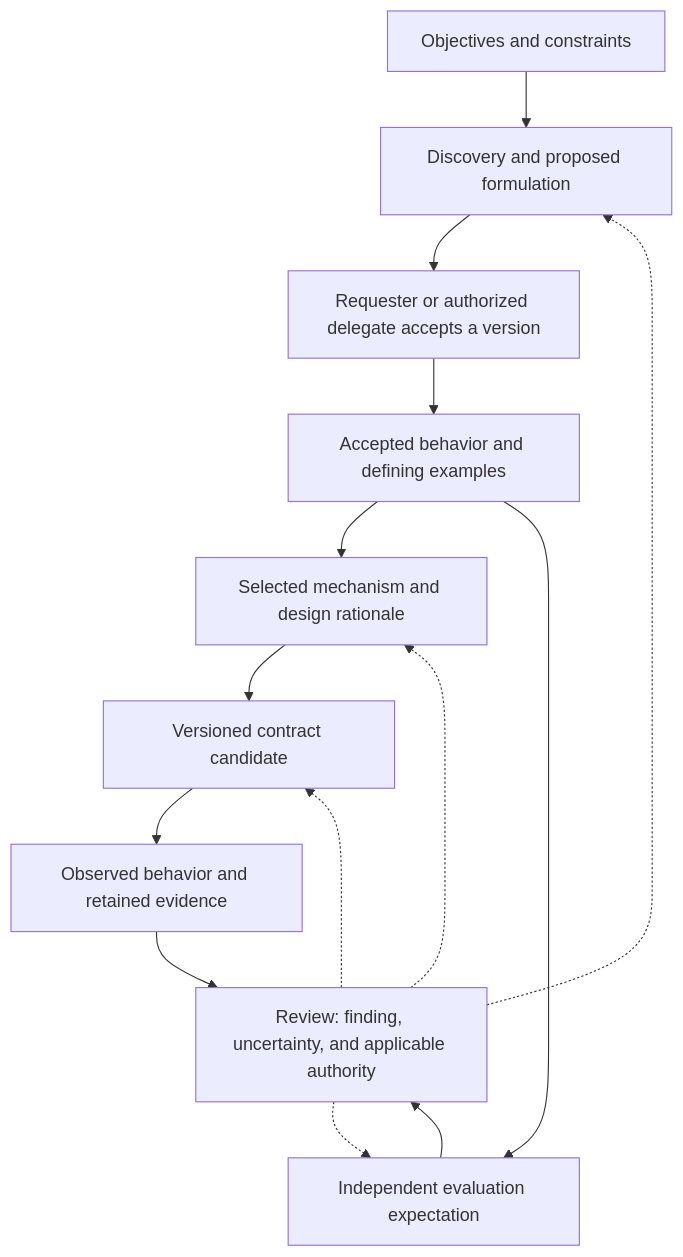
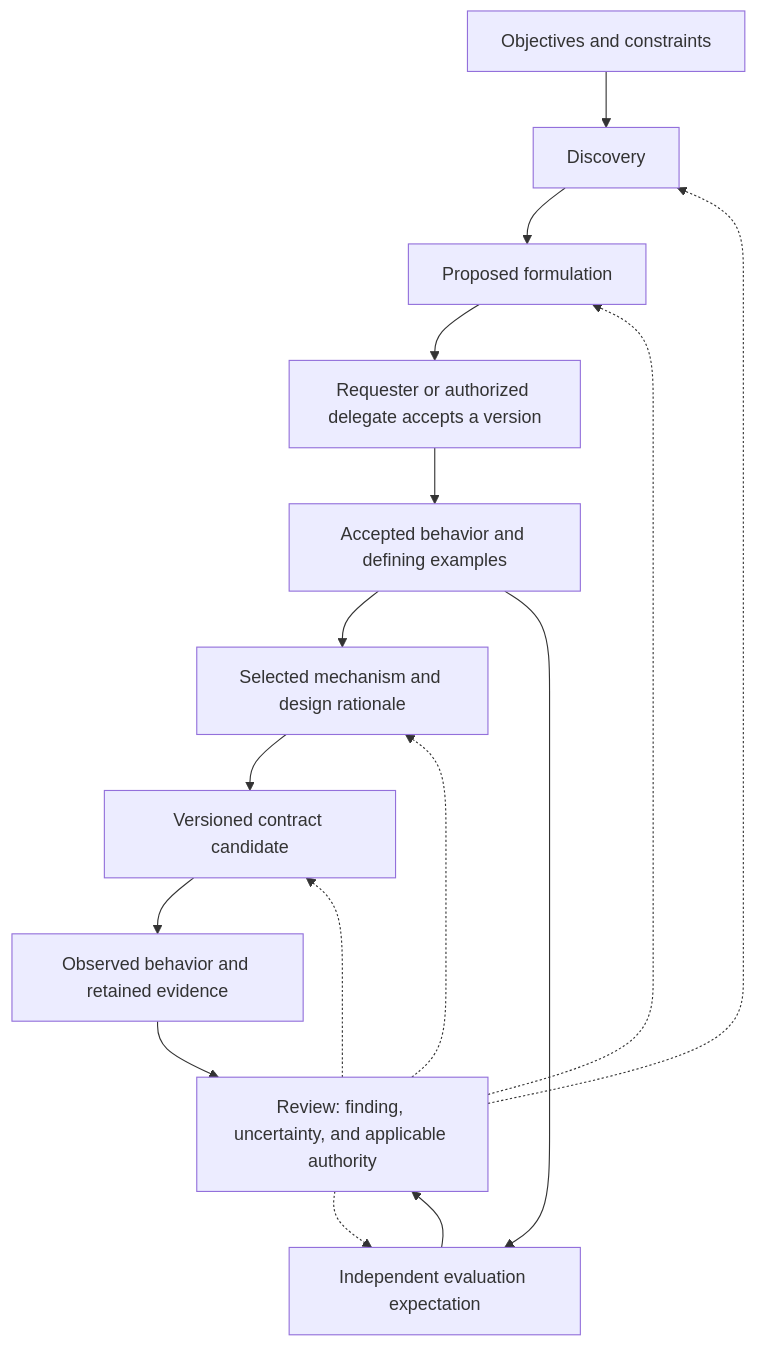
One commit to indisoluble/AGENTS-spec changed the diagram in docs/authority-and-change.md. Above: the diagram before and after it, drawn with Mermaid. The commit also changed other lines of this file and 4 other files, not shown here.

````diff
--- a/docs/authority-and-change.md
+++ b/docs/authority-and-change.md
@@ -33,16 +55,18 @@
 ```mermaid
 flowchart TD
-    O["Objectives and constraints"] --> D["Discovery and proposed formulation"]
-    D --> H["Requester or authorized delegate accepts a version"]
+    O["Objectives and constraints"] --> D["Discovery"]
+    D --> P["Proposed formulation"]
+    P --> H["Requester or authorized delegate accepts a version"]
     H --> R["Accepted behavior and defining examples"]
     R --> M["Selected mechanism and design rationale"]
     R --> E["Independent evaluation expectation"]
     M --> C["Versioned contract candidate"]
     C --> X["Observed behavior and retained evidence"]
     X --> V["Review: finding, uncertainty, and applicable authority"]
     E --> V
     V -.-> D
+    V -.-> P
     V -.-> M
     V -.-> C
     V -.-> E
 ```
````
